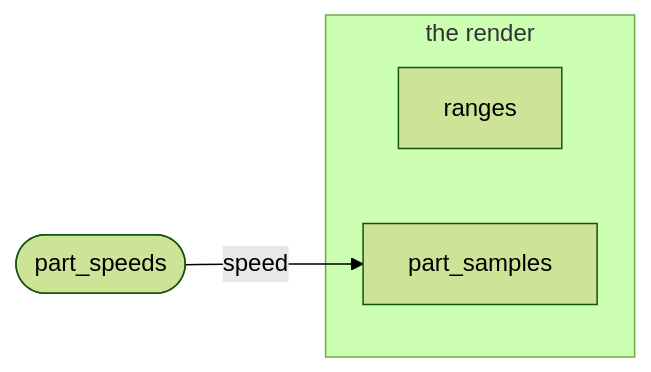
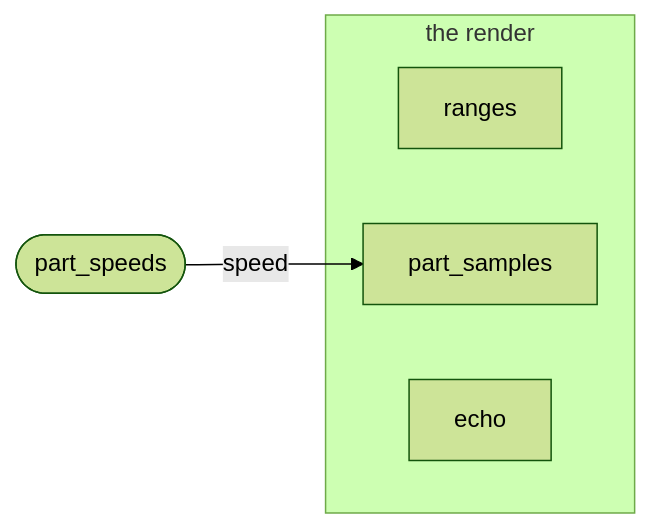
Before and after one commit to CatDogBark/bitComposer: the eighth of 9 diagrams in docs/idiom/vocabulary-map.md, drawn with Mermaid (forest theme). The commit also changed other lines of this file and 6 other files, not shown here.

````diff
--- a/docs/idiom/vocabulary-map.md
+++ b/docs/idiom/vocabulary-map.md
@@ -535,9 +536,10 @@
 ```mermaid
 flowchart LR
   part_speeds(["part_speeds"])
   subgraph stage_render["the render"]
     ranges["ranges"]
     part_samples["part_samples"]
+    echo["echo"]
   end
   part_speeds -- speed --> part_samples
 ```
````
